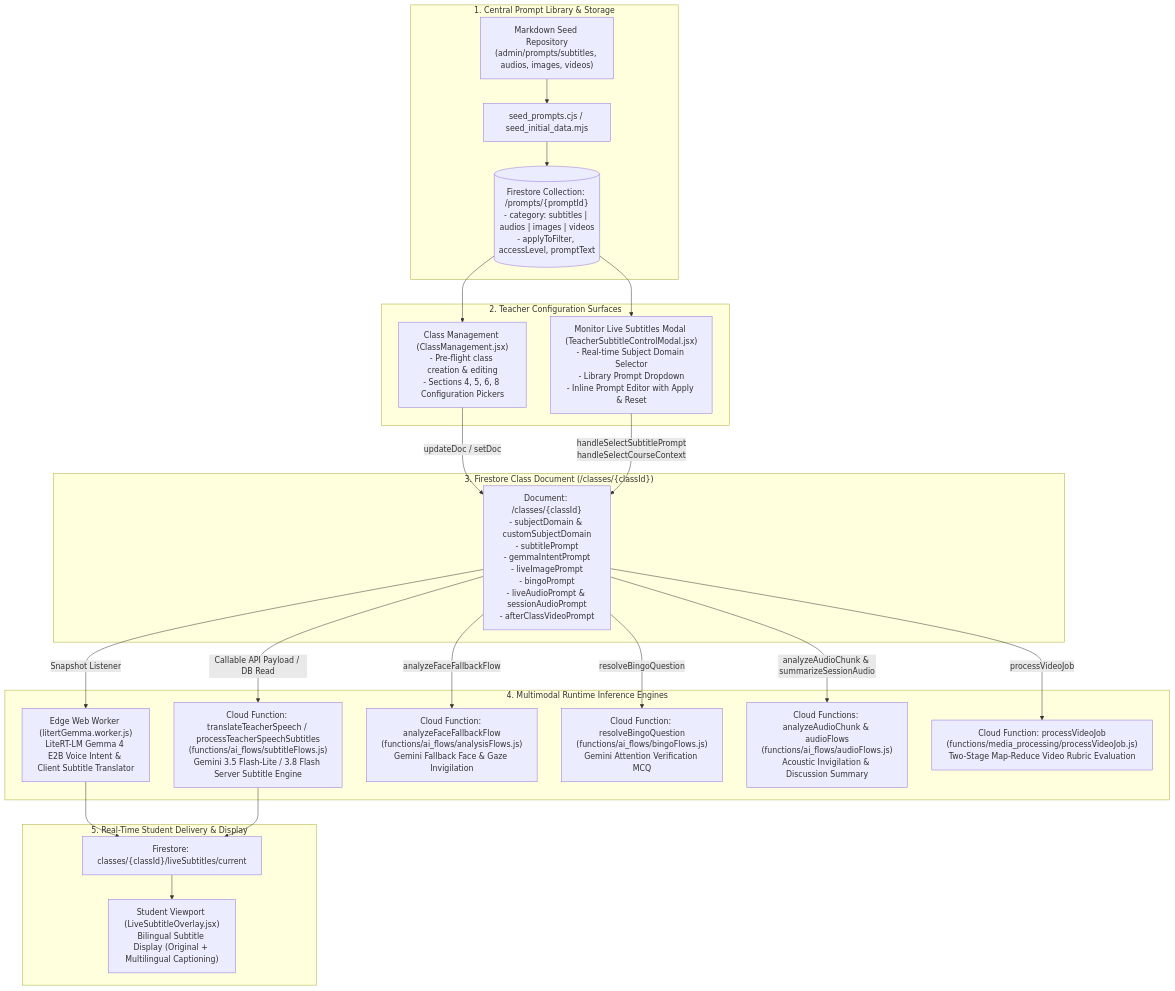
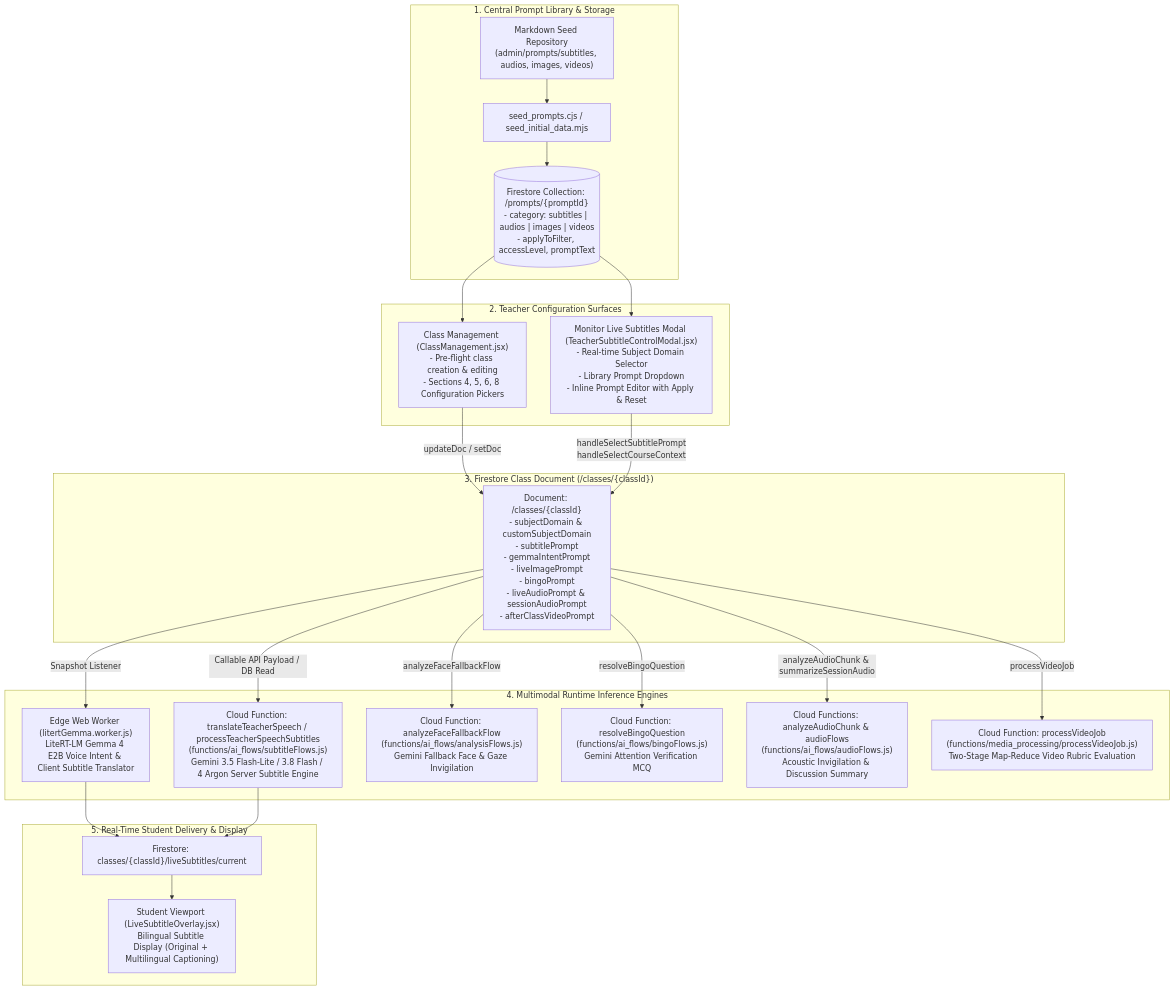
Before and after one commit to wongcyrus/Google-AI-Classroom: the first of 5 diagrams in docs/teacher-ai-prompt-configuration-guide.md, drawn with Mermaid. The commit also changed other lines of this file and 33 other files, not shown here.

Commit message:
feat: universal Gemini 4 (gemini-4-argon) selection, updated presentation deck, and 10-part GDE technical blog series

````diff
--- a/docs/teacher-ai-prompt-configuration-guide.md
+++ b/docs/teacher-ai-prompt-configuration-guide.md
@@ -22,32 +22,32 @@
 ```mermaid
 flowchart TD
     subgraph Catalog ["1. Central Prompt Library & Storage"]
         SeedMD["Markdown Seed Repository\n(admin/prompts/subtitles, audios, images, videos)"] --> SeedScript["seed_prompts.cjs / seed_initial_data.mjs"]
         SeedScript --> FSPrompts[("Firestore Collection: /prompts/{promptId}\n- category: subtitles | audios | images | videos\n- applyToFilter, accessLevel, promptText")]
     end
 
     subgraph TeacherUI ["2. Teacher Configuration Surfaces"]
         FSPrompts --> CM["Class Management (ClassManagement.jsx)\n- Pre-flight class creation & editing\n- Sections 4, 5, 6, 8 Configuration Pickers"]
         FSPrompts --> MonModal["Monitor Live Subtitles Modal (TeacherSubtitleControlModal.jsx)\n- Real-time Subject Domain Selector\n- Library Prompt Dropdown\n- Inline Prompt Editor with Apply & Reset"]
     end
 
     subgraph StatePersistence ["3. Firestore Class Document (/classes/{classId})"]
         CM -->|"updateDoc / setDoc"| ClassDoc["Document: /classes/{classId}\n- subjectDomain & customSubjectDomain\n- subtitlePrompt\n- gemmaIntentPrompt\n- liveImagePrompt\n- bingoPrompt\n- liveAudioPrompt & sessionAudioPrompt\n- afterClassVideoPrompt"]
         MonModal -->|"handleSelectSubtitlePrompt\nhandleSelectCourseContext"| ClassDoc
     end
 
     subgraph RuntimeConsumers ["4. Multimodal Runtime Inference Engines"]
         ClassDoc -->|"Snapshot Listener"| EdgeGemma["Edge Web Worker (litertGemma.worker.js)\nLiteRT-LM Gemma 4 E2B Voice Intent & Client Subtitle Translator"]
-        ClassDoc -->|"Callable API Payload / DB Read"| CFSubtitles["Cloud Function: translateTeacherSpeech / processTeacherSpeechSubtitles\n(functions/ai_flows/subtitleFlows.js)\nGemini 3.5 Flash-Lite / 3.8 Flash Server Subtitle Engine"]
+        ClassDoc -->|"Callable API Payload / DB Read"| CFSubtitles["Cloud Function: translateTeacherSpeech / processTeacherSpeechSubtitles\n(functions/ai_flows/subtitleFlows.js)\nGemini 3.5 Flash-Lite / 3.8 Flash / 4 Argon Server Subtitle Engine"]
         ClassDoc -->|"analyzeFaceFallbackFlow"| CFVision["Cloud Function: analyzeFaceFallbackFlow\n(functions/ai_flows/analysisFlows.js)\nGemini Fallback Face & Gaze Invigilation"]
         ClassDoc -->|"resolveBingoQuestion"| CFBingo["Cloud Function: resolveBingoQuestion\n(functions/ai_flows/bingoFlows.js)\nGemini Attention Verification MCQ"]
         ClassDoc -->|"analyzeAudioChunk & summarizeSessionAudio"| CFAudio["Cloud Functions: analyzeAudioChunk & audioFlows\n(functions/ai_flows/audioFlows.js)\nAcoustic Invigilation & Discussion Summary"]
         ClassDoc -->|"processVideoJob"| CFVideo["Cloud Function: processVideoJob\n(functions/media_processing/processVideoJob.js)\nTwo-Stage Map-Reduce Video Rubric Evaluation"]
     end
 
     subgraph Distribution ["5. Real-Time Student Delivery & Display"]
         EdgeGemma --> SubChannel["Firestore: classes/{classId}/liveSubtitles/current"]
         CFSubtitles --> SubChannel
         SubChannel --> StudentOverlay["Student Viewport (LiveSubtitleOverlay.jsx)\nBilingual Subtitle Display (Original + Multilingual Captioning)"]
     end
 ```
````
